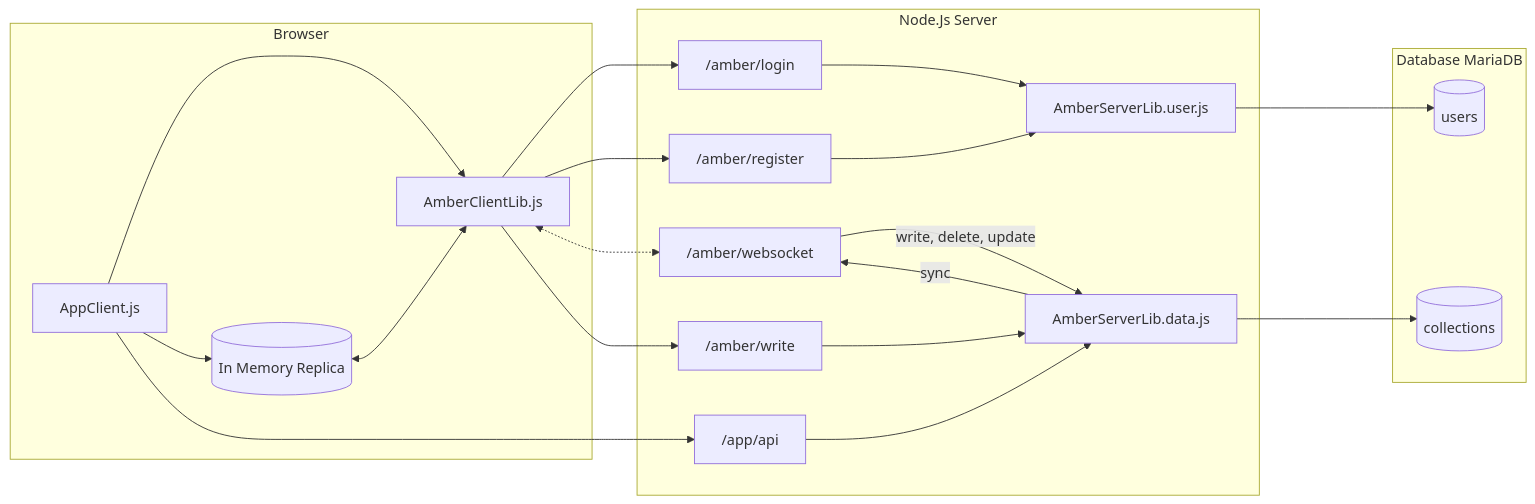
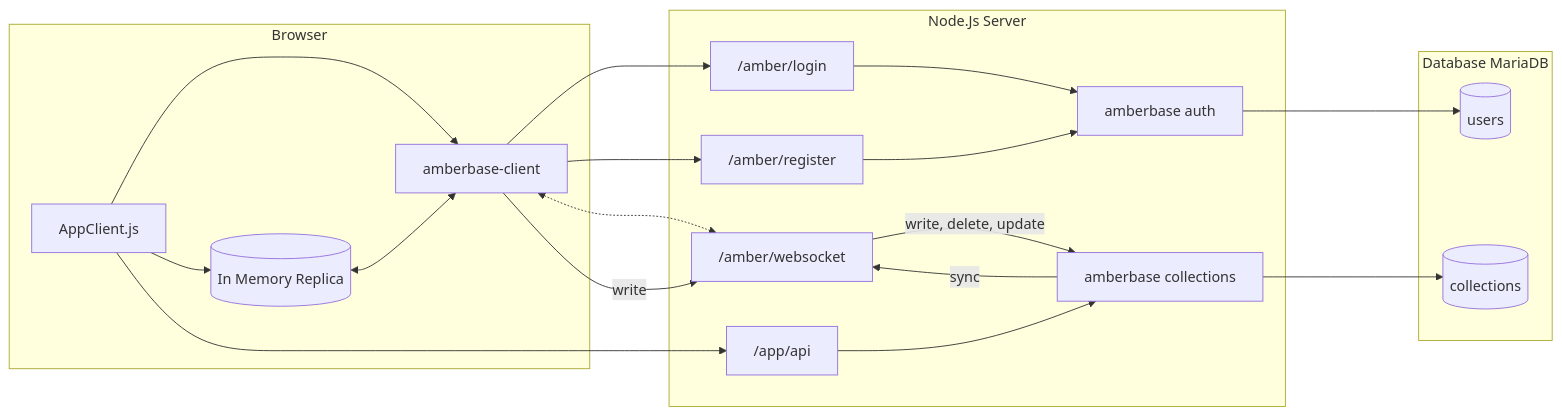
The third of 3 diagrams in docs/concept.md (amberbase/amberbase), drawn with Mermaid before and after one commit. The commit also changed other lines of this file and 42 other files, not shown here.

````diff
--- a/docs/concept.md
+++ b/docs/concept.md
@@ -131,26 +136,25 @@
 ```mermaid
 flowchart LR;
     subgraph Browser
         inMem[(In Memory Replica)] <--> clientLib
-        app[AppClient.js]-->clientLib[AmberClientLib.js]
+        app[AppClient.js]-->clientLib[amberbase-client]
         app --> inMem
     end
     
     subgraph Node.Js Server
         clientLib --> login[ /amber/login]    
         clientLib --> register[ /amber/register]
-        login --> userLib[AmberServerLib.user.js]
-        register --> userLib[AmberServerLib.user.js]
+        login --> userLib[amberbase auth]
+        register --> userLib
         clientLib<-.->ws[ /amber/websocket]
-        clientLib-->write[ /amber/write]
+        clientLib-- write -->ws
         app --> appApi[ /app/api]
-        appApi --> dataLib
-        write --> dataLib[AmberServerLib.data.js]
+        appApi --> dataLib[amberbase collections]
         ws -->|write, delete, update| dataLib 
         dataLib -->|sync| ws
     end
     subgraph Database MariaDB
         userLib ----> usersDb[(users)]
         dataLib ----> dataDb[(collections)]
     end
 ```
````
